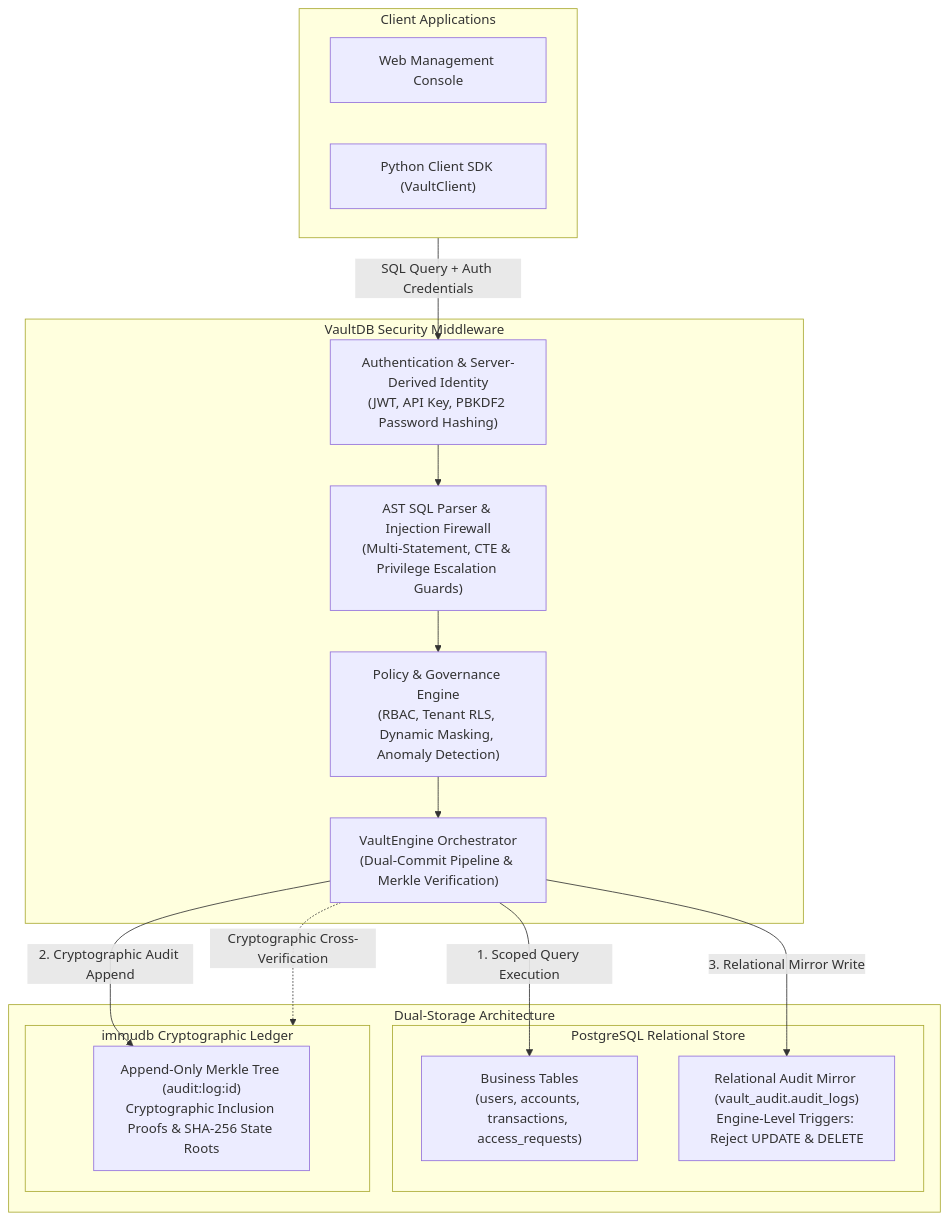
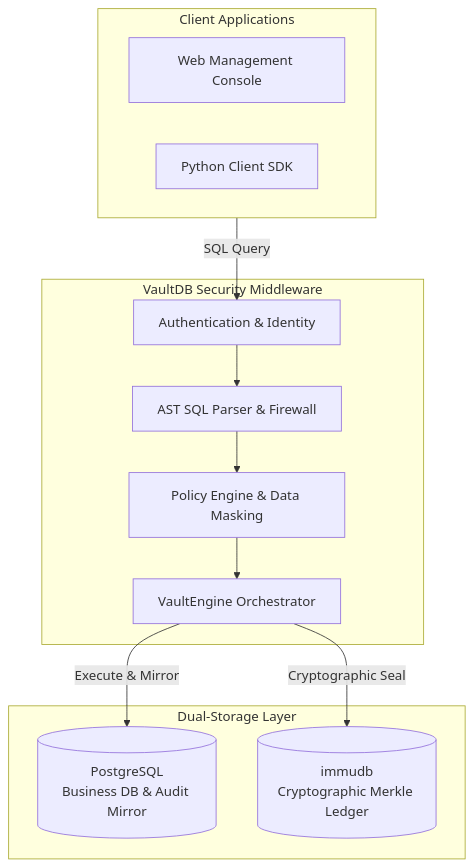
One commit to Sejal-hani/Vault_DB changed the first of 3 diagrams in README.md. Above: the diagram before and after it, drawn with Mermaid. The commit also changed other lines of this file, not shown here.

Commit message:
docs: streamline and simplify architecture mermaid diagrams

````diff
--- a/README.md
+++ b/README.md
@@ -56,35 +58,25 @@
 ```mermaid
 flowchart TD
     subgraph Clients ["Client Applications"]
         UI["Web Management Console"]
-        SDK["Python Client SDK (VaultClient)"]
+        SDK["Python Client SDK"]
     end
 
     subgraph Middleware ["VaultDB Security Middleware"]
-        Auth["Authentication & Server-Derived Identity<br/>(JWT, API Key, PBKDF2 Password Hashing)"]
-        Parser["AST SQL Parser & Injection Firewall<br/>(Multi-Statement, CTE & Privilege Escalation Guards)"]
-        Policy["Policy & Governance Engine<br/>(RBAC, Tenant RLS, Dynamic Masking, Anomaly Detection)"]
-        Engine["VaultEngine Orchestrator<br/>(Dual-Commit Pipeline & Merkle Verification)"]
+        Auth["Authentication & Identity"]
+        Parser["AST SQL Parser & Firewall"]
+        Policy["Policy Engine & Data Masking"]
+        Engine["VaultEngine Orchestrator"]
 
-        Auth --> Parser
-        Parser --> Policy
-        Policy --> Engine
+        Auth --> Parser --> Policy --> Engine
     end
 
-    subgraph Storage ["Dual-Storage Architecture"]
-        subgraph PostgresStore ["PostgreSQL Relational Store"]
-            PGBiz["Business Tables<br/>(users, accounts, transactions, access_requests)"]
-            PGAudit["Relational Audit Mirror (vault_audit.audit_logs)<br/>Engine-Level Triggers: Reject UPDATE & DELETE"]
-        end
-
-        subgraph ImmudbStore ["immudb Cryptographic Ledger"]
-            ImmuLog["Append-Only Merkle Tree (audit:log:id)<br/>Cryptographic Inclusion Proofs & SHA-256 State Roots"]
-        end
+    subgraph Storage ["Dual-Storage Layer"]
+        PG[("PostgreSQL<br/>Business DB & Audit Mirror")]
+        Immu[("immudb<br/>Cryptographic Merkle Ledger")]
     end
 
-    Clients -->|SQL Query + Auth Credentials| Auth
-    Engine -->|1. Scoped Query Execution| PGBiz
-    Engine -->|2. Cryptographic Audit Append| ImmuLog
-    Engine -->|3. Relational Mirror Write| PGAudit
-    Engine -.->|Cryptographic Cross-Verification| ImmudbStore
+    Clients -->|SQL Query| Auth
+    Engine -->|Execute & Mirror| PG
+    Engine -->|Cryptographic Seal| Immu
 ```
````
